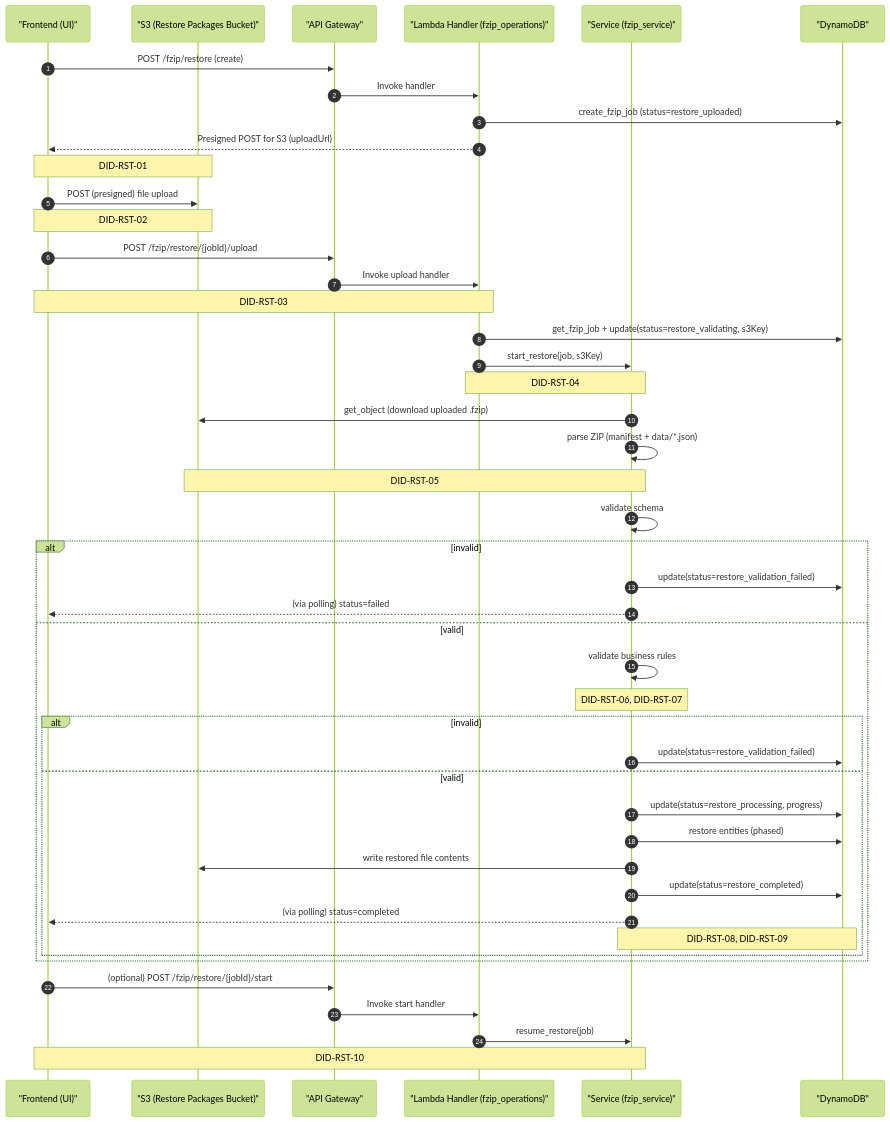
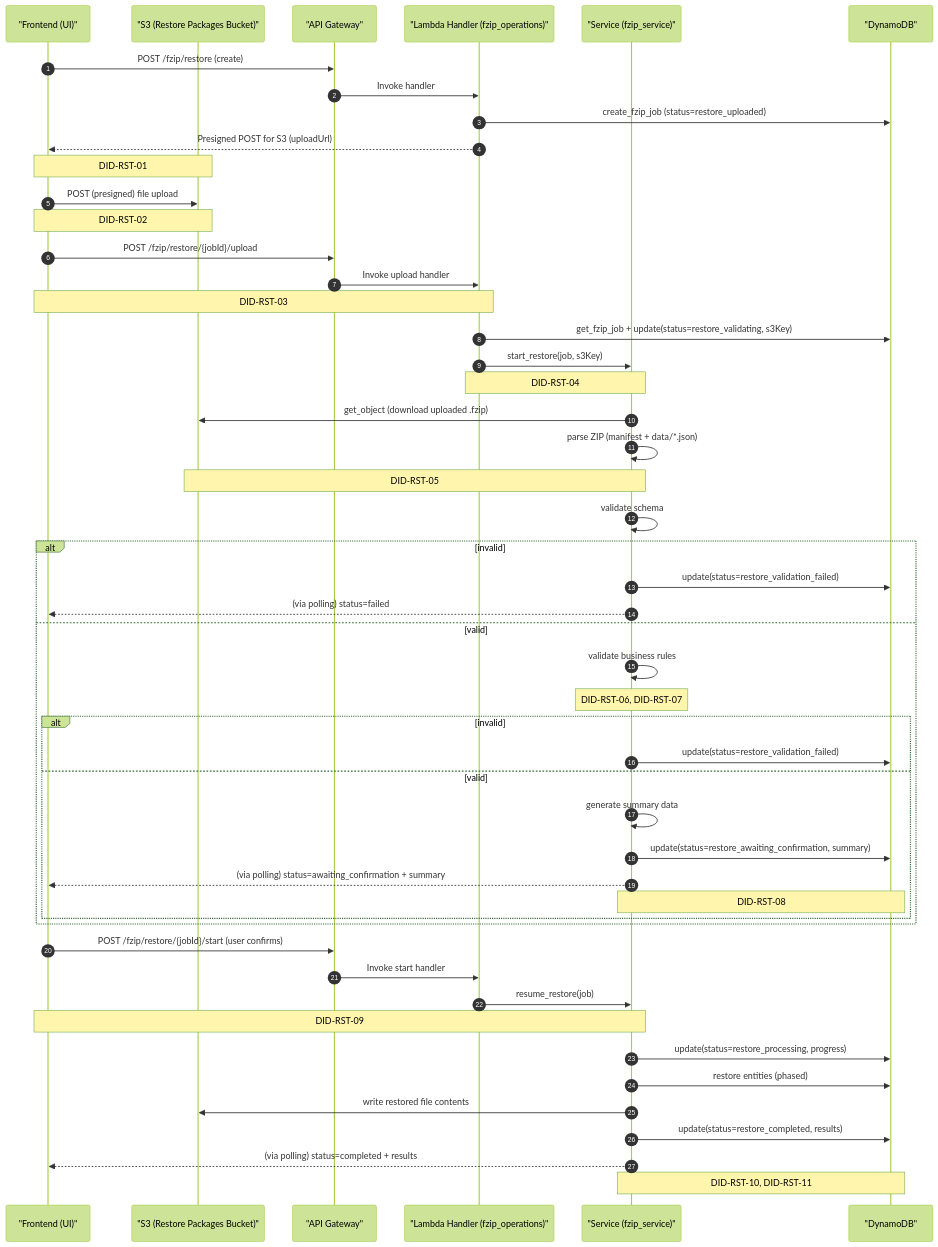
Before and after one commit to mazerunner70/housef3: the first of 3 diagrams in docs/fzip-restore-flow.md, drawn with Mermaid (forest theme). The commit also changed other lines of this file and 20 other files, not shown here.

````diff
--- a/docs/fzip-restore-flow.md
+++ b/docs/fzip-restore-flow.md
@@ -21,55 +31,60 @@
 ```mermaid
 sequenceDiagram
 autonumber
 participant UI as "Frontend (UI)"
 participant S3 as "S3 (Restore Packages Bucket)"
 participant API as "API Gateway"
 participant H as "Lambda Handler (fzip_operations)"
 participant S as "Service (fzip_service)"
 participant DB as "DynamoDB"
 
 UI->>API: POST /fzip/restore (create)
 API->>H: Invoke handler
 H->>DB: create_fzip_job (status=restore_uploaded)
 H-->>UI: Presigned POST for S3 (uploadUrl)
 Note over UI,S3: DID-RST-01
 
 UI->>S3: POST (presigned) file upload
 Note over UI,S3: DID-RST-02
 
 UI->>API: POST /fzip/restore/{jobId}/upload
 API->>H: Invoke upload handler
 Note over UI,H: DID-RST-03
 
 H->>DB: get_fzip_job + update(status=restore_validating, s3Key)
 H->>S: start_restore(job, s3Key)
 Note over H,S: DID-RST-04
 
 S->>S3: get_object (download uploaded .fzip)
 S->>S: parse ZIP (manifest + data/*.json)
 Note over S,S3: DID-RST-05
 
 S->>S: validate schema
 alt invalid
   S->>DB: update(status=restore_validation_failed)
   S-->>UI: (via polling) status=failed
 else valid
   S->>S: validate business rules
   Note over S: DID-RST-06, DID-RST-07
   alt invalid
     S->>DB: update(status=restore_validation_failed)
   else valid
-    S->>DB: update(status=restore_processing, progress)
-    S->>DB: restore entities (phased)
-    S->>S3: write restored file contents
-    S->>DB: update(status=restore_completed)
-    S-->>UI: (via polling) status=completed
-    Note over S,DB: DID-RST-08, DID-RST-09
+    S->>S: generate summary data
+    S->>DB: update(status=restore_awaiting_confirmation, summary)
+    S-->>UI: (via polling) status=awaiting_confirmation + summary
+    Note over S,DB: DID-RST-08
   end
 end
 
-UI->>API: (optional) POST /fzip/restore/{jobId}/start
+UI->>API: POST /fzip/restore/{jobId}/start (user confirms)
 API->>H: Invoke start handler
 H->>S: resume_restore(job)
-Note over UI,S: DID-RST-10
+Note over UI,S: DID-RST-09
+
+S->>DB: update(status=restore_processing, progress)
+S->>DB: restore entities (phased)
+S->>S3: write restored file contents
+S->>DB: update(status=restore_completed, results)
+S-->>UI: (via polling) status=completed + results
+Note over S,DB: DID-RST-10, DID-RST-11
 ```
````
